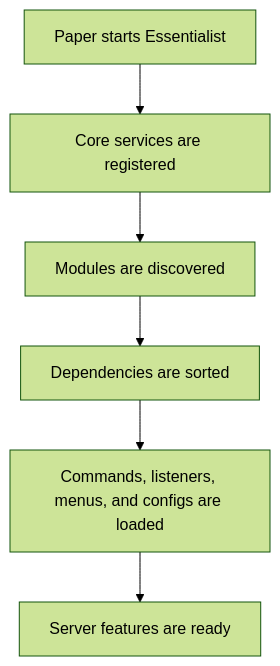
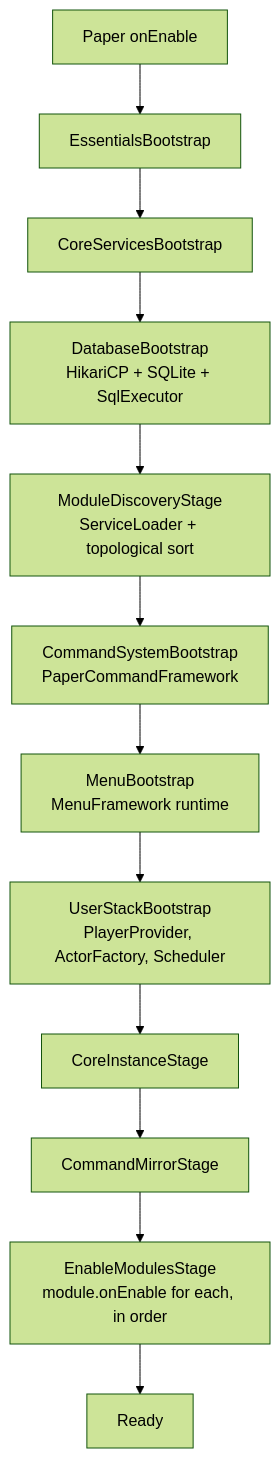
One commit to HanielCota/Essentialist changed the diagram in README.md. Above: the diagram before and after it, drawn with Mermaid (forest theme). The commit also changed other lines of this file, not shown here.

````diff
--- a/README.md
+++ b/README.md
@@ -229,8 +252,14 @@
 ```mermaid
 flowchart TD
-    A[Paper starts Essentialist] --> B[Core services are registered]
-    B --> C[Modules are discovered]
-    C --> D[Dependencies are sorted]
-    D --> E[Commands, listeners, menus, and configs are loaded]
-    E --> F[Server features are ready]
+    A[Paper onEnable] --> B[EssentialsBootstrap]
+    B --> C[CoreServicesBootstrap]
+    C --> D[DatabaseBootstrap<br/>HikariCP + SQLite + SqlExecutor]
+    D --> E[ModuleDiscoveryStage<br/>ServiceLoader + topological sort]
+    E --> F[CommandSystemBootstrap<br/>PaperCommandFramework]
+    F --> G[MenuBootstrap<br/>MenuFramework runtime]
+    G --> H[UserStackBootstrap<br/>PlayerProvider, ActorFactory, Scheduler]
+    H --> I[CoreInstanceStage]
+    I --> J[CommandMirrorStage]
+    J --> K[EnableModulesStage<br/>module.onEnable for each, in order]
+    K --> L[Ready]
 ```
````
